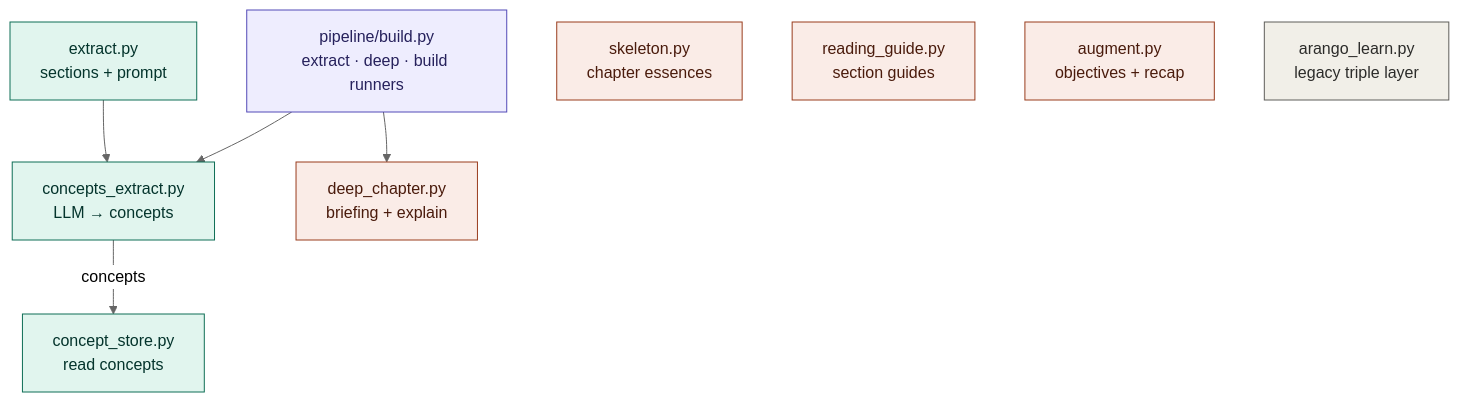
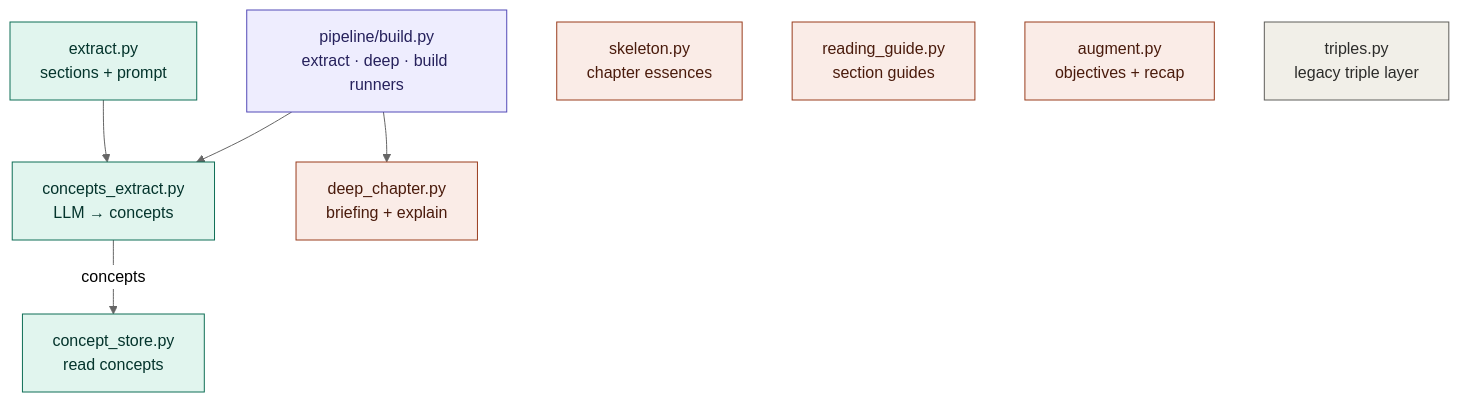
The fourth of 4 diagrams in MAP.md (Aiden-Ferrante/learnhub-core), drawn with Mermaid (neutral theme) before and after one commit. The commit also changed other lines of this file and 18 other files, not shown here.

````diff
--- a/MAP.md
+++ b/MAP.md
@@ -331,36 +331,36 @@
 ```mermaid
 flowchart TD
   build["pipeline/build.py<br/>extract · deep · build runners"]
   extract["extract.py<br/>sections + prompt"]
   concepts["concepts_extract.py<br/>LLM → concepts"]
   store["concept_store.py<br/>read concepts"]
   deep["deep_chapter.py<br/>briefing + explain"]
   skeleton["skeleton.py<br/>chapter essences"]
   guide["reading_guide.py<br/>section guides"]
   augment["augment.py<br/>objectives + recap"]
-  legacy["arango_learn.py<br/>legacy triple layer"]
+  legacy["triples.py<br/>legacy triple layer"]
 
   build --> concepts
   build --> deep
   extract --> concepts
   concepts -->|concepts| store
 
   classDef trig fill:#EEEDFE,stroke:#534AB7,color:#26215C;
   classDef core fill:#E1F5EE,stroke:#0F6E56,color:#04342C;
   classDef pass fill:#FAECE7,stroke:#993C1D,color:#4A1B0C;
   classDef old fill:#F1EFE8,stroke:#5F5E5A,color:#2C2C2A;
   class build trig;
   class extract,concepts,store core;
   class deep,skeleton,guide,augment pass;
   class legacy old;
 
   click build "https://github.com/Aiden-Ferrante/learnhub/blob/main/backend/app/pipeline/build.py"
   click extract "https://github.com/Aiden-Ferrante/learnhub/blob/main/backend/app/extraction/extract.py"
   click concepts "https://github.com/Aiden-Ferrante/learnhub/blob/main/backend/app/extraction/concepts_extract.py"
   click store "https://github.com/Aiden-Ferrante/learnhub/blob/main/backend/app/extraction/concept_store.py"
   click deep "https://github.com/Aiden-Ferrante/learnhub/blob/main/backend/app/extraction/deep_chapter.py"
   click skeleton "https://github.com/Aiden-Ferrante/learnhub/blob/main/backend/app/extraction/skeleton.py"
   click guide "https://github.com/Aiden-Ferrante/learnhub/blob/main/backend/app/extraction/reading_guide.py"
   click augment "https://github.com/Aiden-Ferrante/learnhub/blob/main/backend/app/extraction/augment.py"
-  click legacy "https://github.com/Aiden-Ferrante/learnhub/blob/main/backend/app/extraction/arango_learn.py"
+  click legacy "https://github.com/Aiden-Ferrante/learnhub/blob/main/backend/app/extraction/triples.py"
 ```
````
